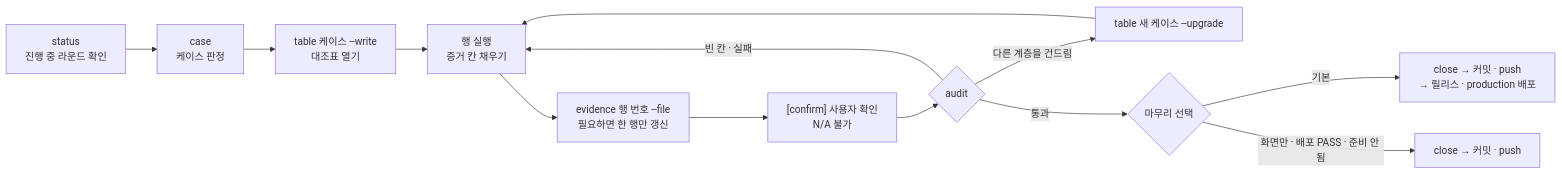
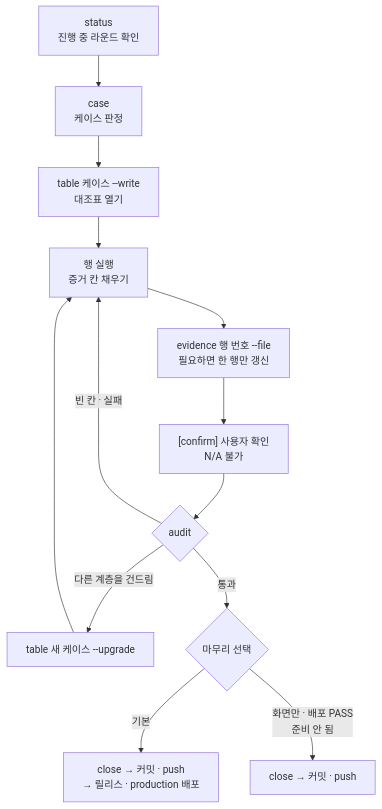
One commit to roadkwon-ai/pro-kit-ui changed the diagram in handbook/concepts/dev-cycle.md. Above: the diagram before and after it, drawn with Mermaid. The commit also changed 17 other files, not shown here.

````diff
--- a/handbook/concepts/dev-cycle.md
+++ b/handbook/concepts/dev-cycle.md
@@ -20,15 +20,20 @@
 ```mermaid
-flowchart LR
+---
+config:
+  flowchart:
+    wrappingWidth: 220
+---
+flowchart TB
   S["status<br/>진행 중 라운드 확인"] --> C["case<br/>케이스 판정"]
   C --> T["table 케이스 --write<br/>대조표 열기"]
   T --> R["행 실행<br/>증거 칸 채우기"]
   R --> EV["evidence 행 번호 --file<br/>필요하면 한 행만 갱신"]
   EV --> CF["[confirm] 사용자 확인<br/>N/A 불가"]
   CF --> A{"audit"}
   A -->|빈 칸 · 실패| R
   A -->|다른 계층을 건드림| U["table 새 케이스 --upgrade"]
   U --> R
   A -->|통과| Q{"마무리 선택"}
   Q -->|기본| RD["close → 커밋 · push<br/>→ 릴리스 · production 배포"]
-  Q -->|화면만 · 배포 PASS · 준비 안 됨| CL["close → 커밋 · push"]
+  Q -->|"화면만 · 배포 PASS<br/>준비 안 됨"| CL["close → 커밋 · push"]
 ```
````
